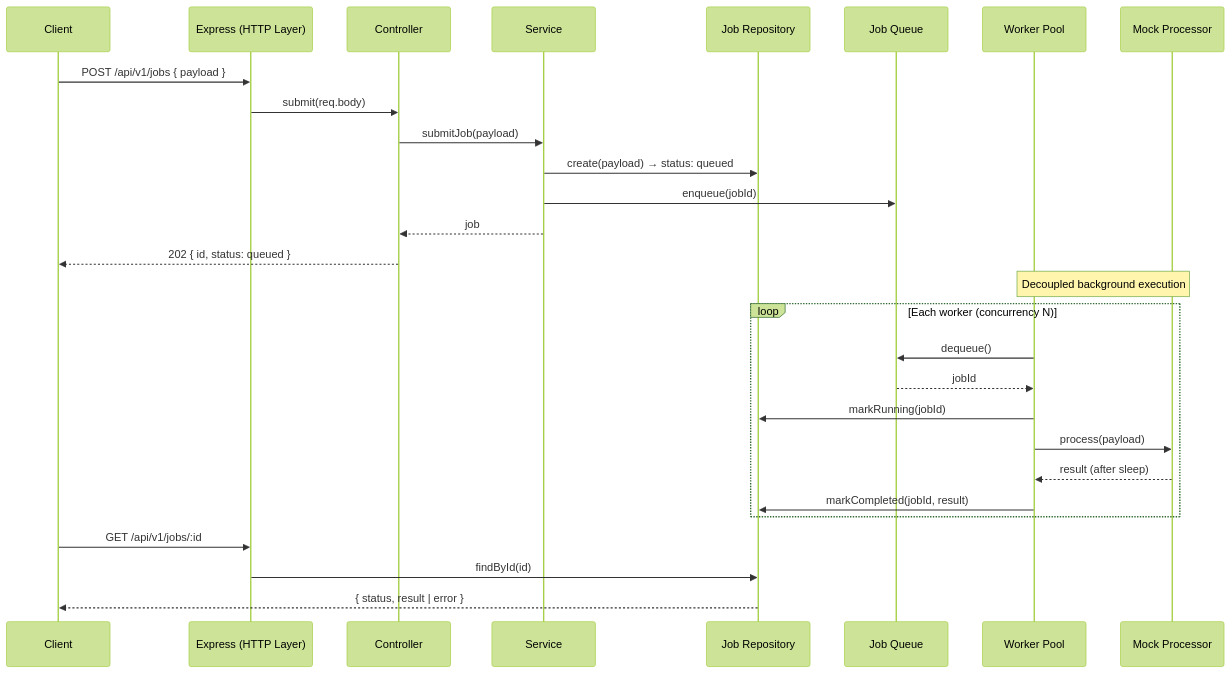
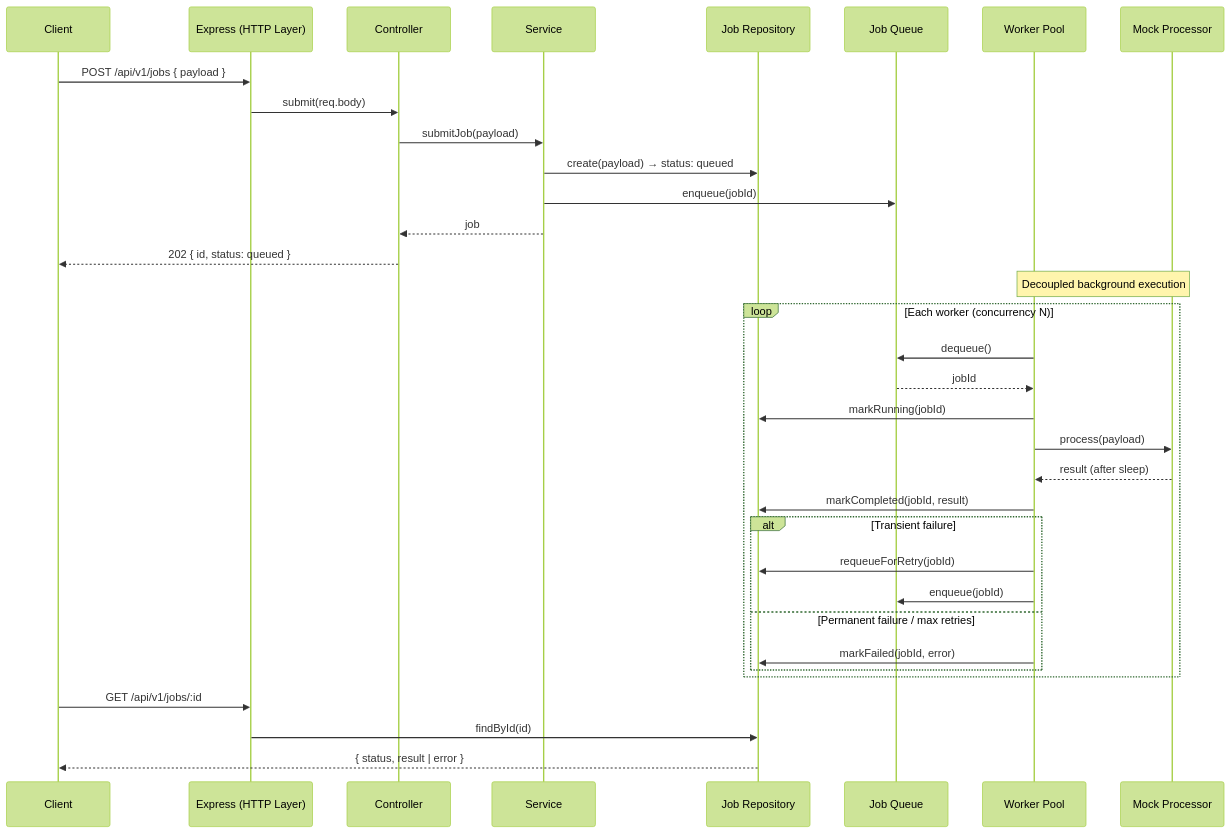
One commit to AlexanderWong/workspaces changed the diagram in README.md. Above: the diagram before and after it, drawn with Mermaid (forest theme). The commit also changed other lines of this file and 30 other files, not shown here.

````diff
--- a/README.md
+++ b/README.md
@@ -20,34 +21,40 @@
 ```mermaid
 sequenceDiagram
     participant Client
     participant HTTP as Express (HTTP Layer)
     participant Controller
     participant Service
     participant Repo as Job Repository
     participant Queue as Job Queue
     participant Worker as Worker Pool
     participant Processor as Mock Processor
 
     Client->>HTTP: POST /api/v1/jobs { payload }
     HTTP->>Controller: submit(req.body)
     Controller->>Service: submitJob(payload)
     Service->>Repo: create(payload) → status: queued
     Service->>Queue: enqueue(jobId)
     Service-->>Controller: job
     Controller-->>Client: 202 { id, status: queued }
 
     Note over Worker,Processor: Decoupled background execution
 
     loop Each worker (concurrency N)
         Worker->>Queue: dequeue()
         Queue-->>Worker: jobId
         Worker->>Repo: markRunning(jobId)
         Worker->>Processor: process(payload)
         Processor-->>Worker: result (after sleep)
         Worker->>Repo: markCompleted(jobId, result)
+        alt Transient failure
+            Worker->>Repo: requeueForRetry(jobId)
+            Worker->>Queue: enqueue(jobId)
+        else Permanent failure / max retries
+            Worker->>Repo: markFailed(jobId, error)
+        end
     end
 
     Client->>HTTP: GET /api/v1/jobs/:id
     HTTP->>Repo: findById(id)
     Repo-->>Client: { status, result | error }
 ```
````
